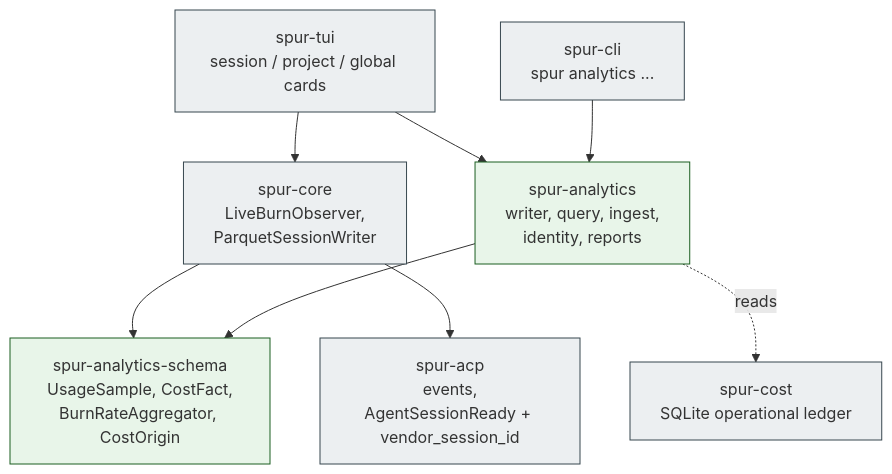
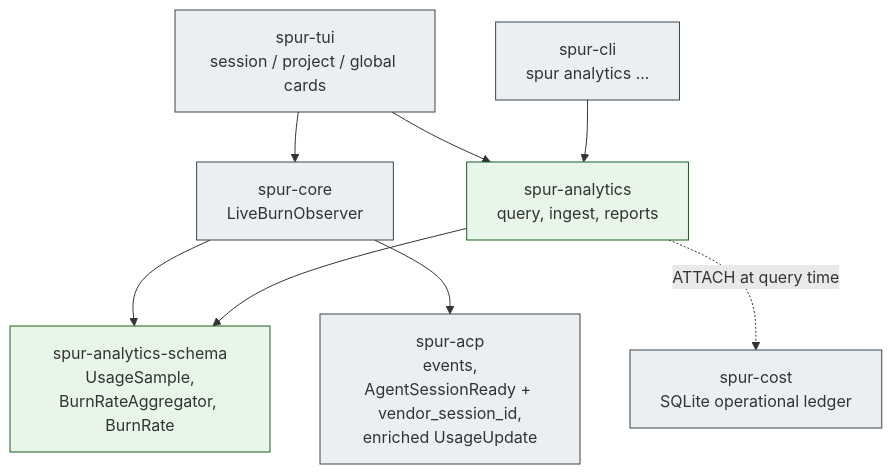
The third of 6 diagrams in docs/superpowers/specs/2026-04-18-duckdb-analytics-design.md (getspur/spur), drawn with Mermaid before and after one commit. The commit also changed other lines of this file, not shown here.

````diff
--- a/docs/superpowers/specs/2026-04-18-duckdb-analytics-design.md
+++ b/docs/superpowers/specs/2026-04-18-duckdb-analytics-design.md
@@ -228,23 +232,23 @@
 ```mermaid
 flowchart TD
-  SCHEMA["spur-analytics-schema<br/>UsageSample, CostFact,<br/>BurnRateAggregator, CostOrigin"]
-  CORE["spur-core<br/>LiveBurnObserver,<br/>ParquetSessionWriter"]
-  ACP["spur-acp<br/>events,<br/>AgentSessionReady + vendor_session_id"]
+  SCHEMA["spur-analytics-schema<br/>UsageSample,<br/>BurnRateAggregator, BurnRate"]
+  CORE["spur-core<br/>LiveBurnObserver"]
+  ACP["spur-acp<br/>events,<br/>AgentSessionReady + vendor_session_id,<br/>enriched UsageUpdate"]
   COST["spur-cost<br/>SQLite operational ledger"]
-  ANALYTICS["spur-analytics<br/>writer, query, ingest,<br/>identity, reports"]
+  ANALYTICS["spur-analytics<br/>query, ingest, reports"]
   TUI["spur-tui<br/>session / project / global cards"]
   CLI["spur-cli<br/>spur analytics ..."]
 
   CORE --> SCHEMA
   CORE --> ACP
   ANALYTICS --> SCHEMA
-  ANALYTICS -. reads .-> COST
+  ANALYTICS -. ATTACH at query time .-> COST
   TUI --> CORE
   TUI --> ANALYTICS
   CLI --> ANALYTICS
 
   classDef new fill:#e8f5e9,stroke:#1b5e20
   classDef existing fill:#eceff1,stroke:#37474f
   class SCHEMA,ANALYTICS new
   class CORE,ACP,COST,TUI,CLI existing
 ```
````
